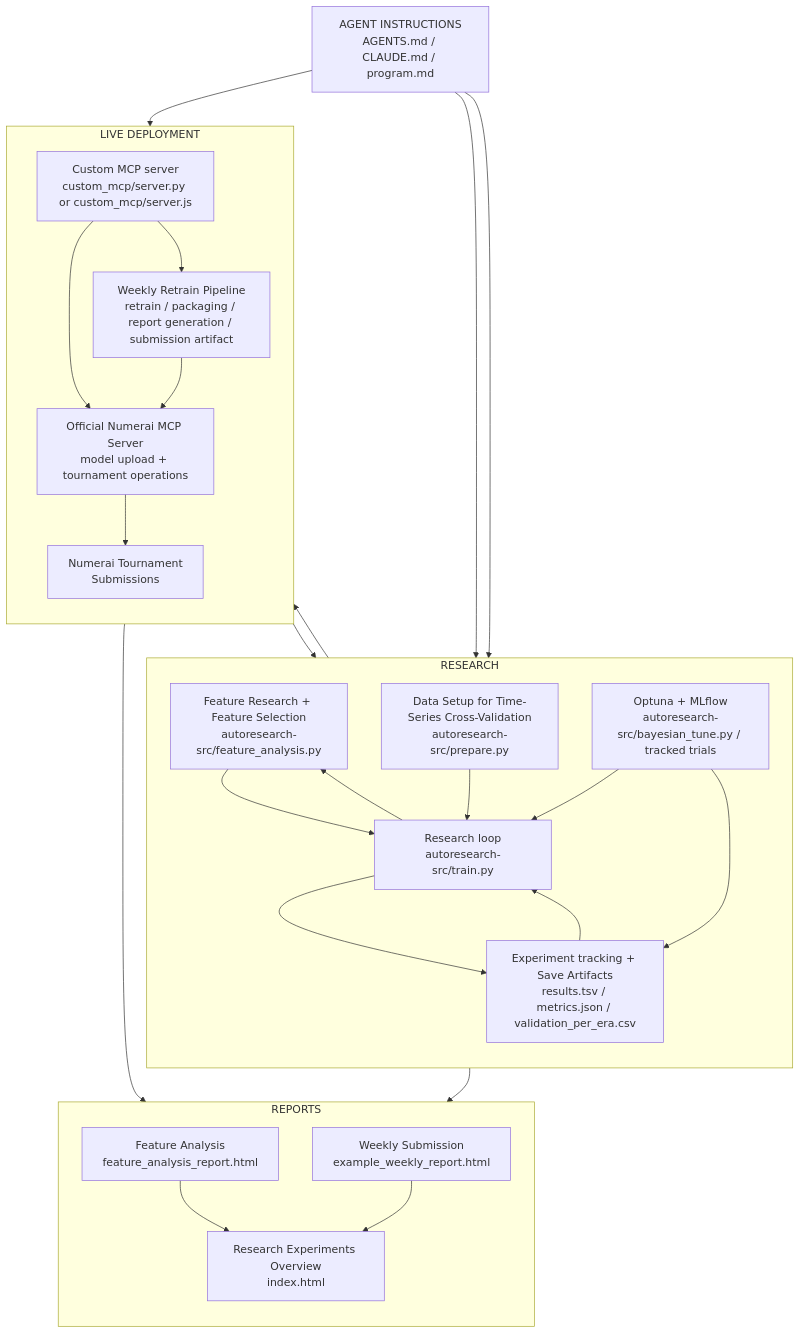
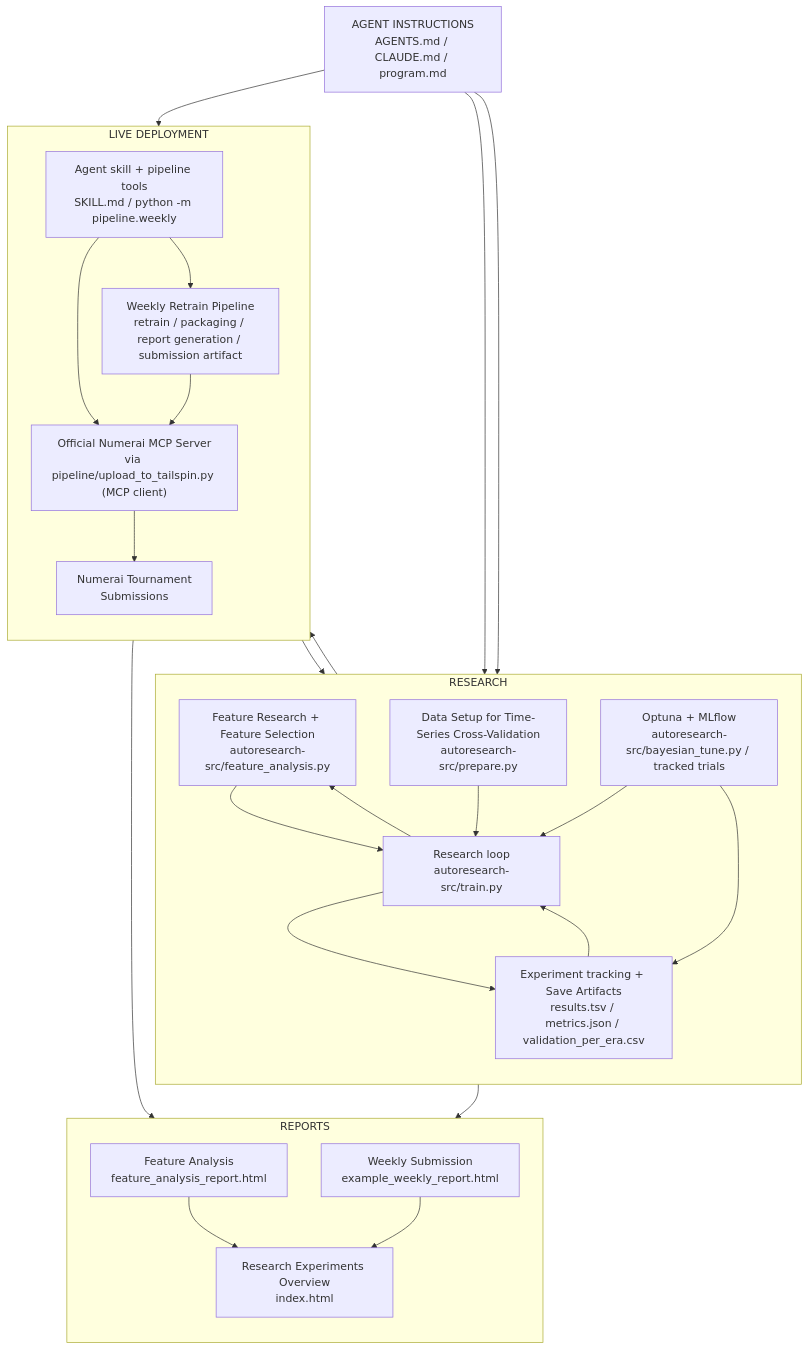
The diagram in README.md (rnop/numerai-mcp-autoresearch), drawn with Mermaid before and after one commit. The commit also changed other lines of this file and 55 other files, not shown here.

First line of the commit message:
Replace custom MCP server with a JSON CLI for agent tools

````diff
--- a/README.md
+++ b/README.md
@@ -65,49 +72,49 @@
 ```mermaid
 flowchart TD
     A["AGENT INSTRUCTIONS<br/>AGENTS.md / CLAUDE.md / program.md"]
 
     subgraph Research["RESEARCH"]
         direction TB
         C["Feature Research + Feature Selection<br/>autoresearch-src/feature_analysis.py"]
         D["Data Setup for Time-Series Cross-Validation<br/>autoresearch-src/prepare.py"]
         B["Research loop<br/>autoresearch-src/train.py"]
         H["Optuna + MLflow<br/>autoresearch-src/bayesian_tune.py / tracked trials"]
         F["Experiment tracking + Save Artifacts<br/>results.tsv / metrics.json / validation_per_era.csv"]
         D --> B
         H --> B
         H --> F
         B --> F
         F --> B
         B --> C
     end
 
     subgraph Reports["REPORTS"]
         direction TB
         N["Feature Analysis<br/>feature_analysis_report.html"]
         P["Weekly Submission<br/>example_weekly_report.html"]
         Q["Research Experiments Overview<br/>index.html"]
         C --> N
         N --> Q
         P --> Q
     end
 
     subgraph Live["LIVE DEPLOYMENT"]
         direction TB
-        L["Custom MCP server<br/>custom_mcp/server.py or custom_mcp/server.js"]
+        L["Agent skill + pipeline tools<br/>SKILL.md / python -m pipeline.weekly"]
         J["Weekly Retrain Pipeline<br/>retrain / packaging / report generation / submission artifact"]
-        R["Official Numerai MCP Server<br/>model upload + tournament operations"]
+        R["Official Numerai MCP Server<br/>via pipeline/upload_to_tailspin.py (MCP client)"]
         S["Numerai Tournament<br/>Submissions"]
         L --> B
         L --> J
         J --> P
         R --> S
     end
 
     A --> C
     A --> D
     A --> L
     C --> B
     F --> J
     L --> R
     J --> R
 ```
````
